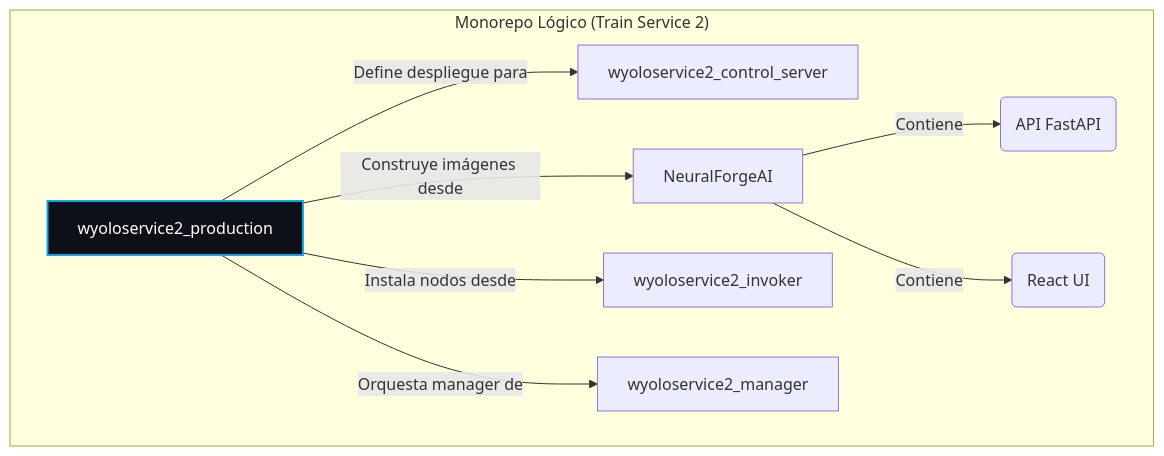
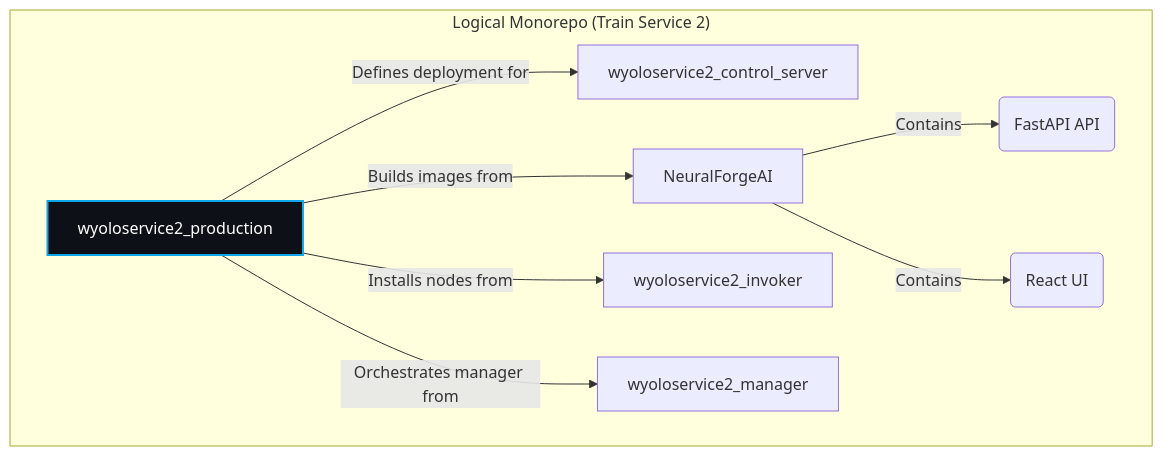
One commit to wisrovi/wyoloservice2_production changed the first of 3 diagrams in README.md. Above: the diagram before and after it, drawn with Mermaid. The commit also changed other lines of this file, not shown here.

Commit message:
docs: translate production README to English

````diff
--- a/README.md
+++ b/README.md
@@ -57,14 +57,14 @@
 ```mermaid
 graph TD
-    subgraph "Monorepo Lógico (Train Service 2)"
-        P[wyoloservice2_production] -->|Define despliegue para| C[wyoloservice2_control_server]
-        P -->|Construye imágenes desde| N[NeuralForgeAI]
-        P -->|Instala nodos desde| I[wyoloservice2_invoker]
-        P -->|Orquesta manager de| M[wyoloservice2_manager]
+    subgraph "Logical Monorepo (Train Service 2)"
+        P[wyoloservice2_production] -->|Defines deployment for| C[wyoloservice2_control_server]
+        P -->|Builds images from| N[NeuralForgeAI]
+        P -->|Installs nodes from| I[wyoloservice2_invoker]
+        P -->|Orchestrates manager from| M[wyoloservice2_manager]
         
-        N -->|Contiene| N_API(API FastAPI)
-        N -->|Contiene| N_UI(React UI)
+        N -->|Contains| N_API(FastAPI API)
+        N -->|Contains| N_UI(React UI)
     end
     classDef main fill:#0d1117,stroke:#0ea5e9,stroke-width:2px,color:#fff;
     class P main;
 ```
````
